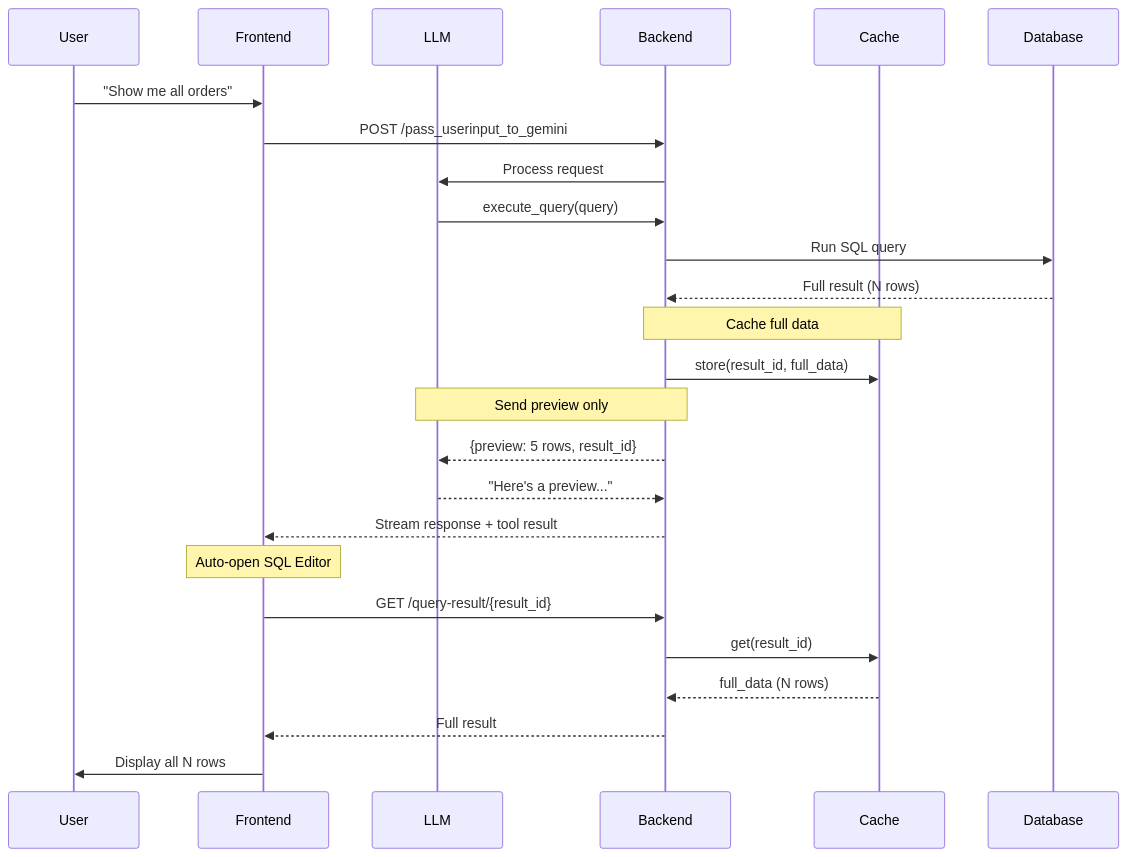
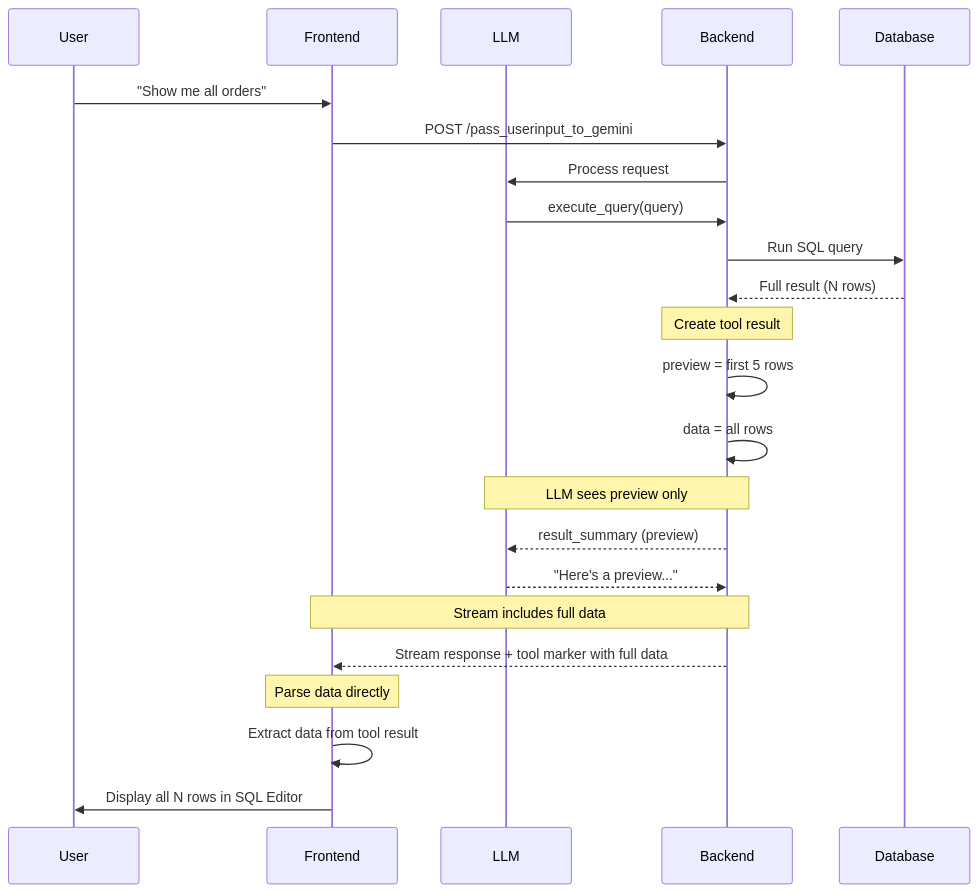
The diagram in front-end/docs/execute-query-cache-flow.md (Aftab-1405/MOONLIT), drawn with Mermaid before and after one commit. The commit also changed other lines of this file and 9 other files, not shown here.

First line of the commit message:
refactor: simplify query flow and fix auth

````diff
--- a/front-end/docs/execute-query-cache-flow.md
+++ b/front-end/docs/execute-query-cache-flow.md
@@ -17,31 +17,30 @@
 ```mermaid
 sequenceDiagram
     participant User
     participant Frontend
     participant LLM
     participant Backend
-    participant Cache
     participant Database
 
     User->>Frontend: "Show me all orders"
     Frontend->>Backend: POST /pass_userinput_to_gemini
     Backend->>LLM: Process request
     LLM->>Backend: execute_query(query)
     Backend->>Database: Run SQL query
     Database-->>Backend: Full result (N rows)
     
-    Note over Backend,Cache: Cache full data
-    Backend->>Cache: store(result_id, full_data)
+    Note over Backend: Create tool result
+    Backend->>Backend: preview = first 5 rows
+    Backend->>Backend: data = all rows
     
-    Note over Backend,LLM: Send preview only
-    Backend-->>LLM: {preview: 5 rows, result_id}
+    Note over Backend,LLM: LLM sees preview only
+    Backend-->>LLM: result_summary (preview)
     LLM-->>Backend: "Here's a preview..."
-    Backend-->>Frontend: Stream response + tool result
     
-    Note over Frontend: Auto-open SQL Editor
-    Frontend->>Backend: GET /query-result/{result_id}
-    Backend->>Cache: get(result_id)
-    Cache-->>Backend: full_data (N rows)
-    Backend-->>Frontend: Full result
-    Frontend->>User: Display all N rows
+    Note over Backend,Frontend: Stream includes full data
+    Backend-->>Frontend: Stream response + tool marker with full data
+    
+    Note over Frontend: Parse data directly
+    Frontend->>Frontend: Extract data from tool result
+    Frontend->>User: Display all N rows in SQL Editor
 ```
````
